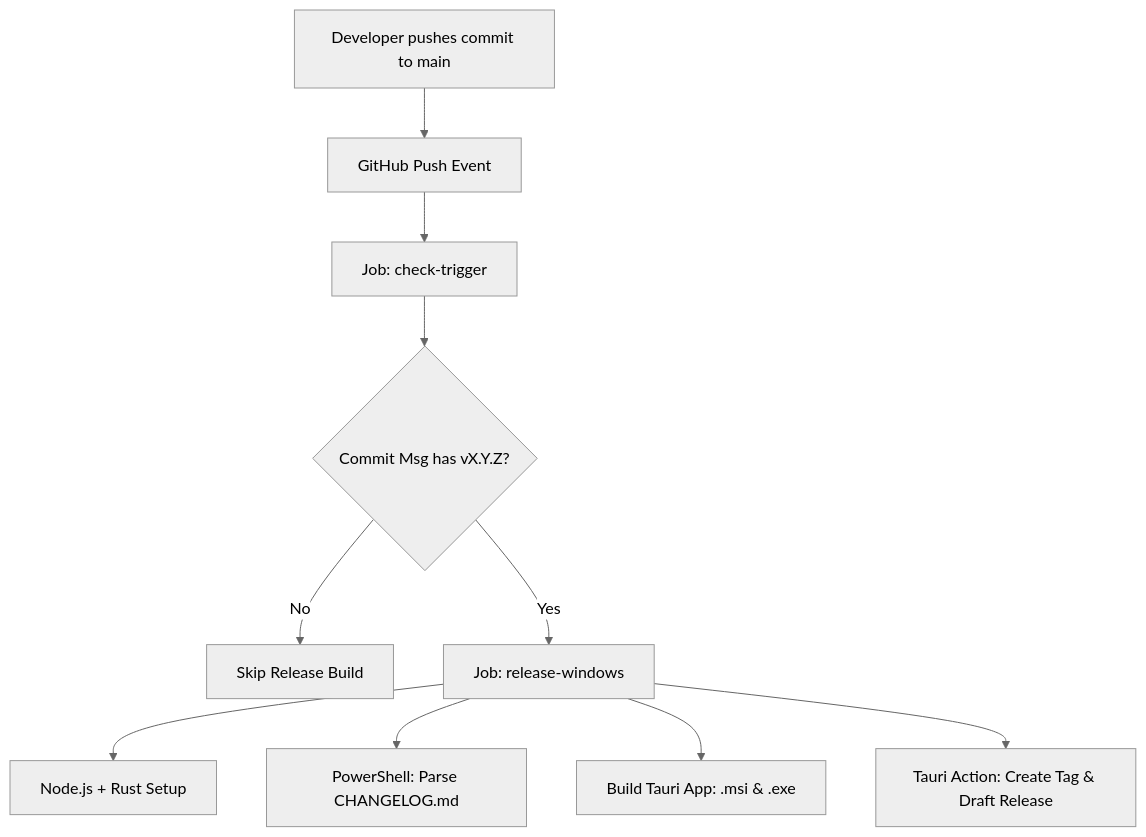
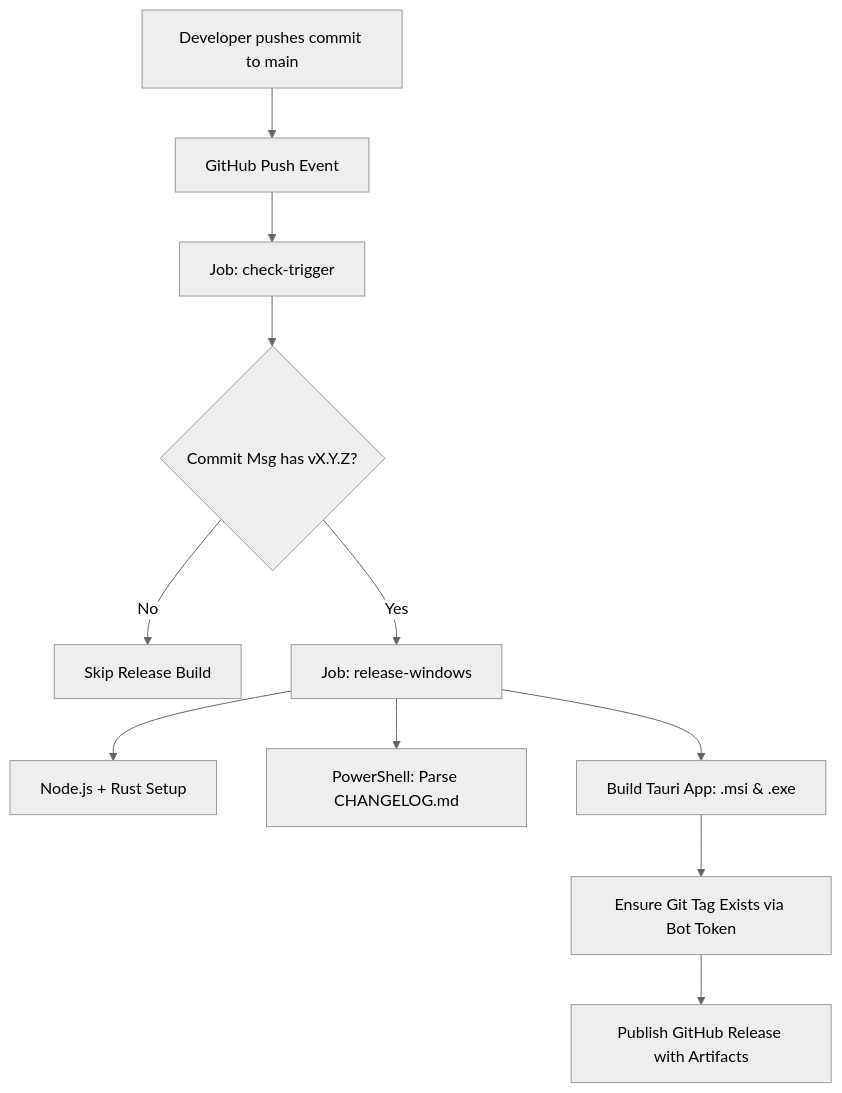
One commit to ThanhNguyxnOrg/PurgeKit changed the diagram in docs/CI_CD_RELEASES.md. Above: the diagram before and after it, drawn with Mermaid (neutral theme). The commit also changed other lines of this file and 6 other files, not shown here.

````diff
--- a/docs/CI_CD_RELEASES.md
+++ b/docs/CI_CD_RELEASES.md
@@ -9,14 +9,15 @@
 ```mermaid
 graph TD
     Developer[Developer pushes commit to main] --> Push[GitHub Push Event]
     Push --> CheckJob[Job: check-trigger]
 
     CheckJob --> MatchCommit{Commit Msg has vX.Y.Z?}
     MatchCommit -->|No| Skip[Skip Release Build]
     MatchCommit -->|Yes| BuildJob[Job: release-windows]
 
     BuildJob --> Setup[Node.js + Rust Setup]
     BuildJob --> Parse[PowerShell: Parse CHANGELOG.md]
     BuildJob --> Compile[Build Tauri App: .msi & .exe]
-    BuildJob --> Publish[Tauri Action: Create Tag & Draft Release]
+    Compile --> Tag[Ensure Git Tag Exists via Bot Token]
+    Tag --> Publish[Publish GitHub Release with Artifacts]
 ```
````
